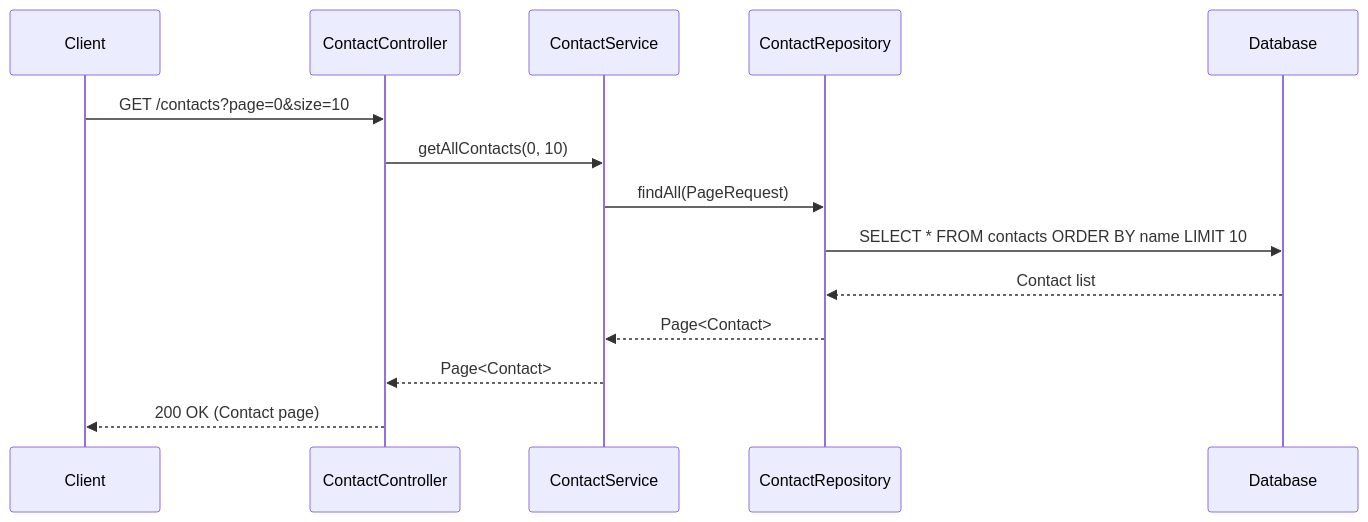
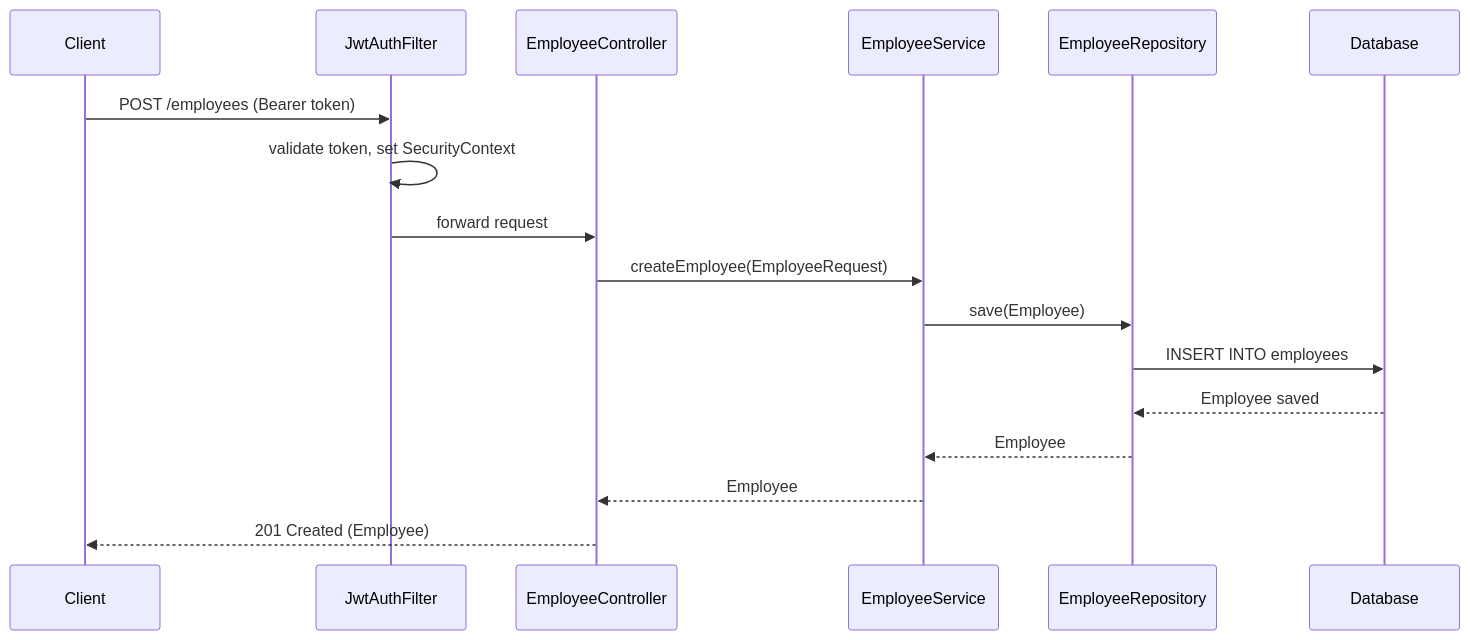
One commit to dreeemchaser/ContactApp changed the second of 4 diagrams in employeeapi/docs/diagrams/sequence-diagram.md. Above: the diagram before and after it, drawn with Mermaid. The commit also changed other lines of this file and 18 other files, not shown here.

Commit message:
docs: update all documentation and config to reflect contactAPI → EmployeeHub migration

````diff
--- a/employeeapi/docs/diagrams/sequence-diagram.md
+++ b/employeeapi/docs/diagrams/sequence-diagram.md
@@ -25,17 +25,20 @@
 ```mermaid
 sequenceDiagram
     participant Client
-    participant ContactController
-    participant ContactService
-    participant ContactRepository
+    participant JwtAuthFilter
+    participant EmployeeController
+    participant EmployeeService
+    participant EmployeeRepository
     participant Database
 
-    Client->>ContactController: GET /contacts?page=0&size=10
-    ContactController->>ContactService: getAllContacts(0, 10)
-    ContactService->>ContactRepository: findAll(PageRequest)
-    ContactRepository->>Database: SELECT * FROM contacts ORDER BY name LIMIT 10
-    Database-->>ContactRepository: Contact list
-    ContactRepository-->>ContactService: Page<Contact>
-    ContactService-->>ContactController: Page<Contact>
-    ContactController-->>Client: 200 OK (Contact page)
+    Client->>JwtAuthFilter: POST /employees (Bearer token)
+    JwtAuthFilter->>JwtAuthFilter: validate token, set SecurityContext
+    JwtAuthFilter->>EmployeeController: forward request
+    EmployeeController->>EmployeeService: createEmployee(EmployeeRequest)
+    EmployeeService->>EmployeeRepository: save(Employee)
+    EmployeeRepository->>Database: INSERT INTO employees
+    Database-->>EmployeeRepository: Employee saved
+    EmployeeRepository-->>EmployeeService: Employee
+    EmployeeService-->>EmployeeController: Employee
+    EmployeeController-->>Client: 201 Created (Employee)
 ```
````
